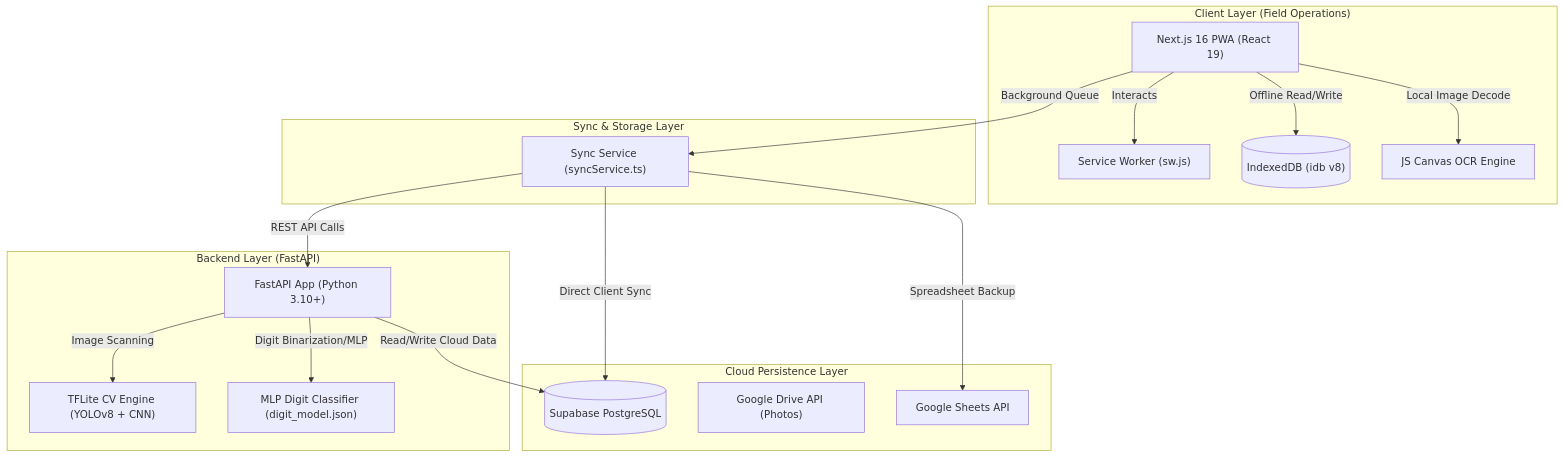
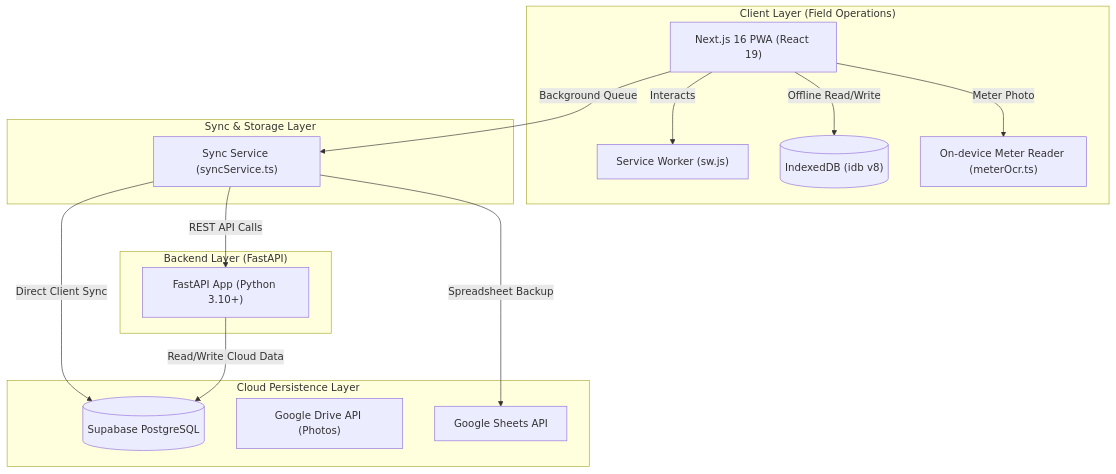
The first of 4 diagrams in PROJECT_DOCUMENTATION.md (hirusha-03/J26-DS-329), drawn with Mermaid before and after one commit. The commit also changed other lines of this file and 10 other files, not shown here.

First line of the commit message:
fix(monitor): replace meter scan OCR with on-device seven-segment reader

````diff
--- a/PROJECT_DOCUMENTATION.md
+++ b/PROJECT_DOCUMENTATION.md
@@ -11,41 +11,37 @@
 ```mermaid
 graph TD
     subgraph Client Layer ["Client Layer (Field Operations)"]
         PWA["Next.js 16 PWA (React 19)"]
         SW["Service Worker (sw.js)"]
         IDB[("IndexedDB (idb v8)")]
-        LocalOCR["JS Canvas OCR Engine"]
+        LocalOCR["On-device Meter Reader (meterOcr.ts)"]
     end
 
     subgraph Edge Sync Layer ["Sync & Storage Layer"]
         SyncEngine["Sync Service (syncService.ts)"]
     end
 
     subgraph Backend Layer ["Backend Layer (FastAPI)"]
         API["FastAPI App (Python 3.10+)"]
-        TFLite["TFLite CV Engine (YOLOv8 + CNN)"]
-        MLP["MLP Digit Classifier (digit_model.json)"]
     end
 
     subgraph Database Layer ["Cloud Persistence Layer"]
         SupaDB[("Supabase PostgreSQL")]
         Drive["Google Drive API (Photos)"]
         Sheets["Google Sheets API"]
     end
 
     %% Client flows
     PWA -->|Interacts| SW
     PWA -->|Offline Read/Write| IDB
-    PWA -->|Local Image Decode| LocalOCR
+    PWA -->|Meter Photo| LocalOCR
     PWA -->|Background Queue| SyncEngine
 
     %% Sync flows
     SyncEngine -->|REST API Calls| API
     SyncEngine -->|Direct Client Sync| SupaDB
     SyncEngine -->|Spreadsheet Backup| Sheets
 
     %% Backend flows
-    API -->|Image Scanning| TFLite
-    API -->|Digit Binarization/MLP| MLP
     API -->|Read/Write Cloud Data| SupaDB
 ```
````
